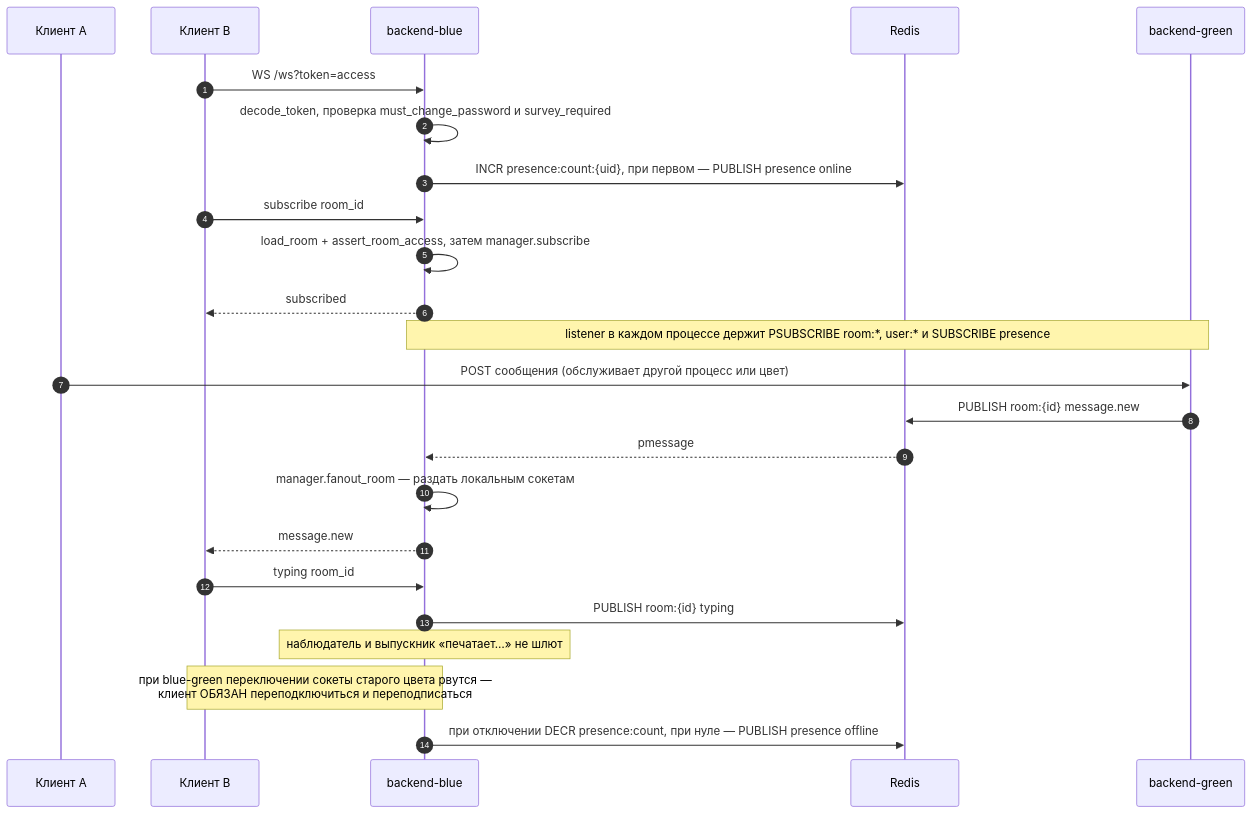
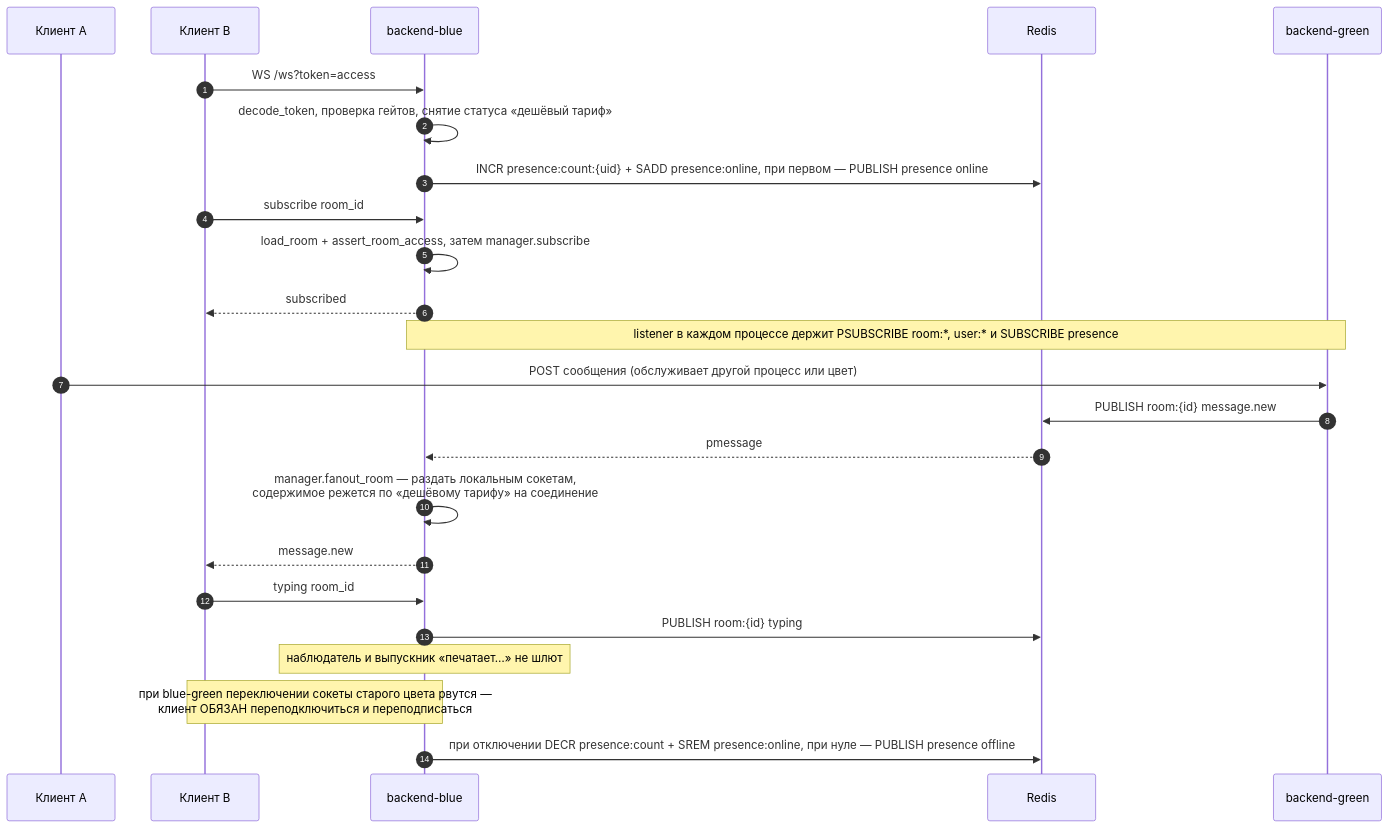
Diagram 16 of 20 in docs/ARCHITECTURE.md (code-tamer3000/argonautica-platfrorm), drawn with Mermaid before and after one commit. The commit also changed other lines of this file, not shown here.

First line of the commit message:
docs: синхронизировать ARCHITECTURE.md с реальностью бэкенда

````diff
--- a/docs/ARCHITECTURE.md
+++ b/docs/ARCHITECTURE.md
@@ -727,31 +937,31 @@
 ```mermaid
 sequenceDiagram
     autonumber
     participant C1 as Клиент A
     participant C2 as Клиент B
     participant BB as backend-blue
     participant R as Redis
     participant BG as backend-green
 
     C2->>BB: WS /ws?token=access
-    BB->>BB: decode_token, проверка must_change_password и survey_required
-    BB->>R: INCR presence:count:{uid}, при первом — PUBLISH presence online
+    BB->>BB: decode_token, проверка гейтов, снятие статуса «дешёвый тариф»
+    BB->>R: INCR presence:count:{uid} + SADD presence:online, при первом — PUBLISH presence online
     C2->>BB: subscribe room_id
     BB->>BB: load_room + assert_room_access, затем manager.subscribe
     BB-->>C2: subscribed
 
     Note over BB,BG: listener в каждом процессе держит PSUBSCRIBE room:*, user:* и SUBSCRIBE presence
 
     C1->>BG: POST сообщения (обслуживает другой процесс или цвет)
     BG->>R: PUBLISH room:{id} message.new
     R-->>BB: pmessage
-    BB->>BB: manager.fanout_room — раздать локальным сокетам
+    BB->>BB: manager.fanout_room — раздать локальным сокетам,<br/>содержимое режется по «дешёвому тарифу» на соединение
     BB-->>C2: message.new
 
     C2->>BB: typing room_id
     BB->>R: PUBLISH room:{id} typing
     Note over BB: наблюдатель и выпускник «печатает…» не шлют
 
     Note over C2,BB: при blue-green переключении сокеты старого цвета рвутся —<br/>клиент ОБЯЗАН переподключиться и переподписаться
-    BB->>R: при отключении DECR presence:count, при нуле — PUBLISH presence offline
+    BB->>R: при отключении DECR presence:count + SREM presence:online, при нуле — PUBLISH presence offline
 ```
````
